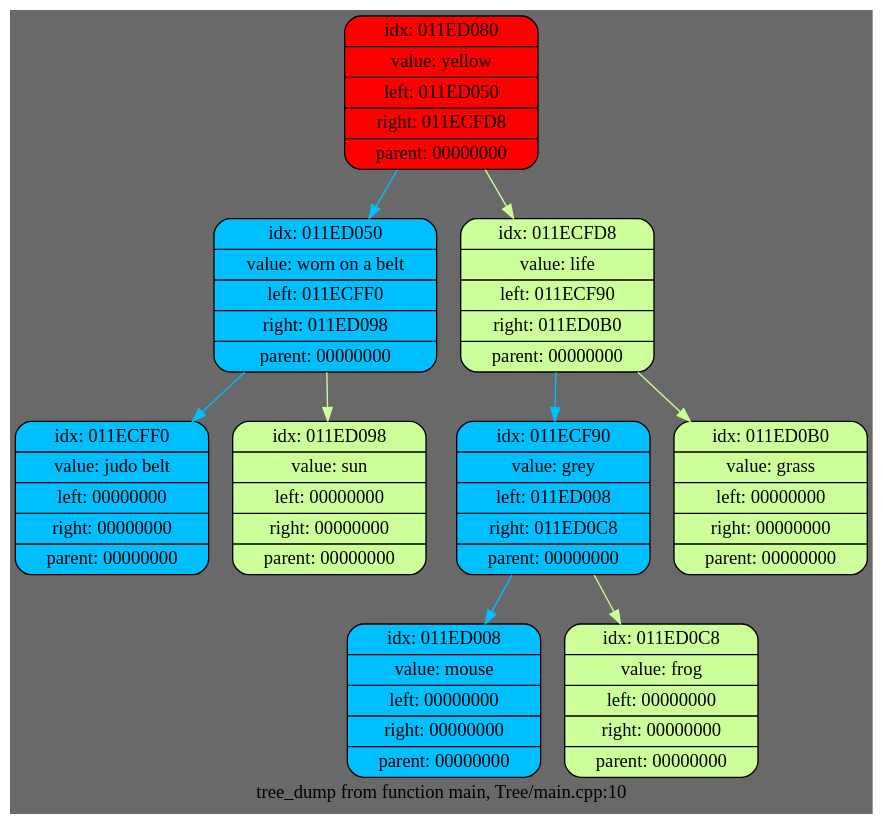
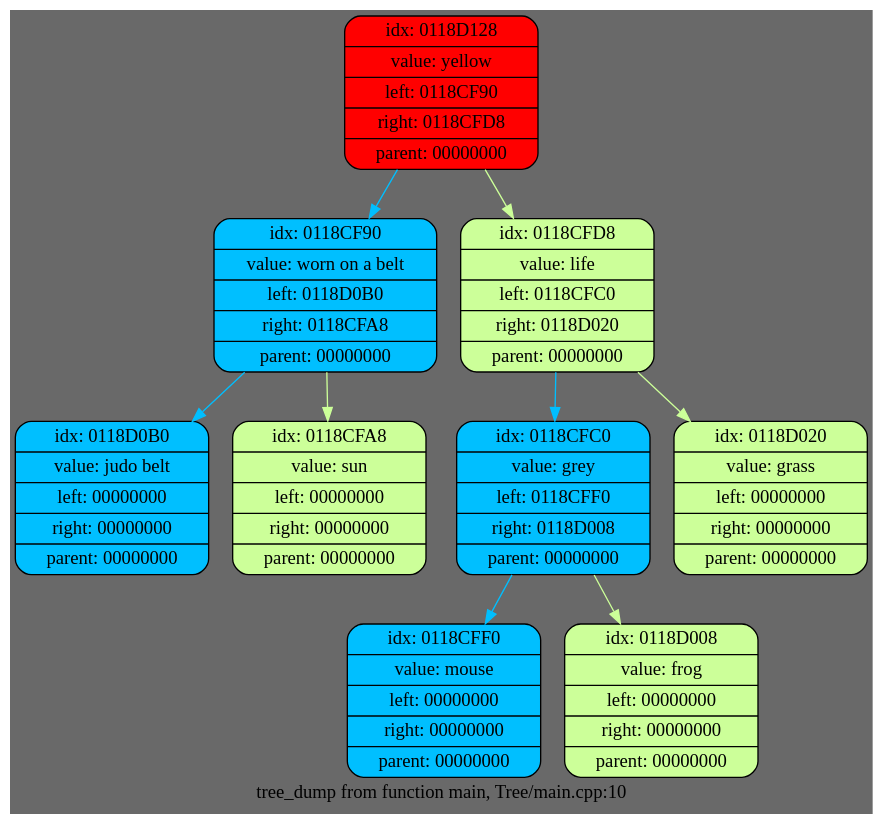
The diagram in include/dump.dot (EntryFrager/Akinator), drawn with Graphviz before and after one commit. The commit also changed 13 other files, not shown here.

```diff
--- a/include/dump.dot
+++ b/include/dump.dot
@@ -1,21 +1,21 @@
 digraph List {
 	rankdir = HR;
 	bgcolor = "#696969";
-	node0 [shape = Mrecord, style = filled, fillcolor = "#ff0000", label = "{idx: 011ED080 | value: yellow | left: 011ED050 | right: 011ECFD8 | parent: 00000000}"];
-	node1 [shape = Mrecord, style = filled, fillcolor = "#00BFFF", label = "{idx: 011ED050 | value: worn on a belt | left: 011ECFF0 | right: 011ED098 | parent: 00000000}"];
+	node0 [shape = Mrecord, style = filled, fillcolor = "#ff0000", label = "{idx: 0118D128 | value: yellow | left: 0118CF90 | right: 0118CFD8 | parent: 00000000}"];
+	node1 [shape = Mrecord, style = filled, fillcolor = "#00BFFF", label = "{idx: 0118CF90 | value: worn on a belt | left: 0118D0B0 | right: 0118CFA8 | parent: 00000000}"];
 	node0 -> node1 [color = "#00BFFF"]
-	node2 [shape = Mrecord, style = filled, fillcolor = "#00BFFF", label = "{idx: 011ECFF0 | value: judo belt | left: 00000000 | right: 00000000 | parent: 00000000}"];
+	node2 [shape = Mrecord, style = filled, fillcolor = "#00BFFF", label = "{idx: 0118D0B0 | value: judo belt | left: 00000000 | right: 00000000 | parent: 00000000}"];
 	node1 -> node2 [color = "#00BFFF"]
-	node3 [shape = Mrecord, style = filled, fillcolor = "#ccff99", label = "{idx: 011ED098 | value: sun | left: 00000000 | right: 00000000 | parent: 00000000}"];
+	node3 [shape = Mrecord, style = filled, fillcolor = "#ccff99", label = "{idx: 0118CFA8 | value: sun | left: 00000000 | right: 00000000 | parent: 00000000}"];
 	node1 -> node3 [color = "#ccff99"]
-	node4 [shape = Mrecord, style = filled, fillcolor = "#ccff99", label = "{idx: 011ECFD8 | value: life | left: 011ECF90 | right: 011ED0B0 | parent: 00000000}"];
+	node4 [shape = Mrecord, style = filled, fillcolor = "#ccff99", label = "{idx: 0118CFD8 | value: life | left: 0118CFC0 | right: 0118D020 | parent: 00000000}"];
 	node0 -> node4 [color = "#ccff99"]
-	node5 [shape = Mrecord, style = filled, fillcolor = "#00BFFF", label = "{idx: 011ECF90 | value: grey | left: 011ED008 | right: 011ED0C8 | parent: 00000000}"];
+	node5 [shape = Mrecord, style = filled, fillcolor = "#00BFFF", label = "{idx: 0118CFC0 | value: grey | left: 0118CFF0 | right: 0118D008 | parent: 00000000}"];
 	node4 -> node5 [color = "#00BFFF"]
-	node6 [shape = Mrecord, style = filled, fillcolor = "#00BFFF", label = "{idx: 011ED008 | value: mouse | left: 00000000 | right: 00000000 | parent: 00000000}"];
+	node6 [shape = Mrecord, style = filled, fillcolor = "#00BFFF", label = "{idx: 0118CFF0 | value: mouse | left: 00000000 | right: 00000000 | parent: 00000000}"];
 	node5 -> node6 [color = "#00BFFF"]
-	node7 [shape = Mrecord, style = filled, fillcolor = "#ccff99", label = "{idx: 011ED0C8 | value: frog | left: 00000000 | right: 00000000 | parent: 00000000}"];
+	node7 [shape = Mrecord, style = filled, fillcolor = "#ccff99", label = "{idx: 0118D008 | value: frog | left: 00000000 | right: 00000000 | parent: 00000000}"];
 	node5 -> node7 [color = "#ccff99"]
-	node8 [shape = Mrecord, style = filled, fillcolor = "#ccff99", label = "{idx: 011ED0B0 | value: grass | left: 00000000 | right: 00000000 | parent: 00000000}"];
+	node8 [shape = Mrecord, style = filled, fillcolor = "#ccff99", label = "{idx: 0118D020 | value: grass | left: 00000000 | right: 00000000 | parent: 00000000}"];
 	node4 -> node8 [color = "#ccff99"]
 	label = "tree_dump from function main, Tree/main.cpp:10";}
```
